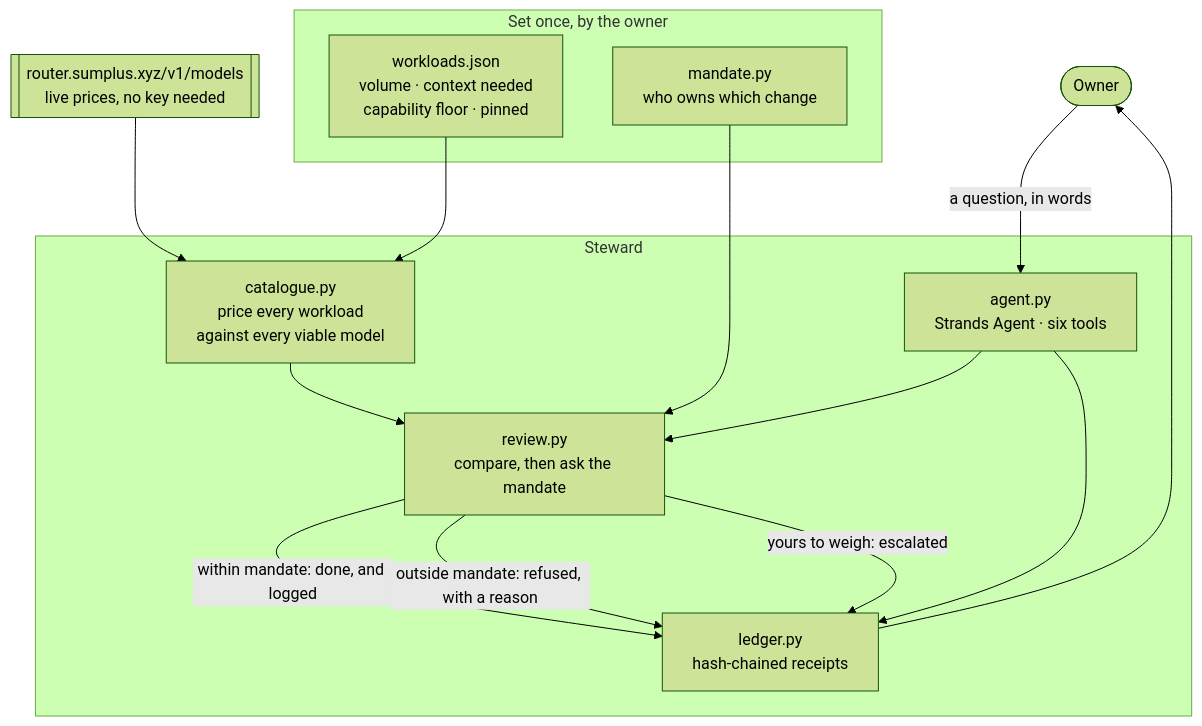
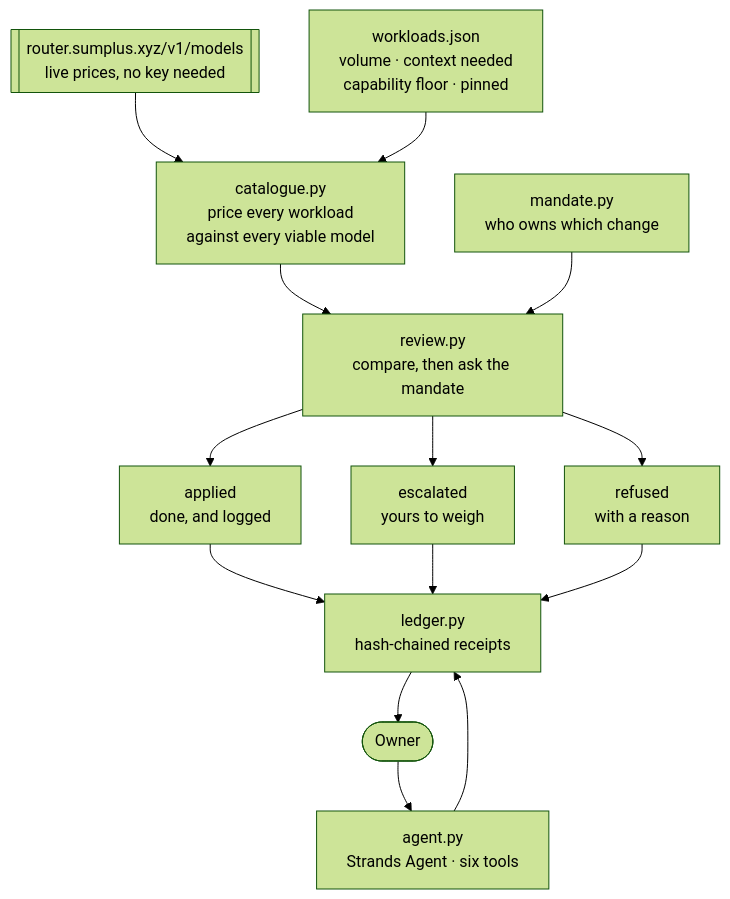
Before and after one commit to sumplus-real/sumplus-steward: the diagram in README.md, drawn with Mermaid (forest theme). The commit also changed 2 other files, not shown here.

Commit message:
Add the architecture diagram and a demo recording
The diagram is the same graph the README renders, exported so it can be
attached where markdown is not available. The recording walks the live
deployment: the review, the mandate, the receipts, and the check failing
on an edited receipt. 1 minute 35.

Claude-Session: https://claude.ai/code/session_01NebfGWQfJ8yHtrgU7LMuRE

````diff
--- a/README.md
+++ b/README.md
@@ -56,27 +56,28 @@
 ```mermaid
 flowchart TB
+  API[["router.sumplus.xyz/v1/models<br/>live prices, no key needed"]]
+  W["workloads.json<br/>volume · context needed<br/>capability floor · pinned"]
+  M["mandate.py<br/>who owns which change"]
+  C["catalogue.py<br/>price every workload<br/>against every viable model"]
+  R["review.py<br/>compare, then ask the mandate"]
+  AP["applied<br/>done, and logged"]
+  ES["escalated<br/>yours to weigh"]
+  RF["refused<br/>with a reason"]
+  L["ledger.py<br/>hash-chained receipts"]
   OWNER([Owner])
-  subgraph SET["Set once, by the owner"]
-    W["workloads.json<br/>volume · context needed<br/>capability floor · pinned"]
-    M["mandate.py<br/>who owns which change"]
-  end
-  subgraph RUN["Steward"]
-    C["catalogue.py<br/>price every workload<br/>against every viable model"]
-    R["review.py<br/>compare, then ask the mandate"]
-    L["ledger.py<br/>hash-chained receipts"]
-    AG["agent.py<br/>Strands Agent · six tools"]
-  end
-  API[["router.sumplus.xyz/v1/models<br/>live prices, no key needed"]]
+  AG["agent.py<br/>Strands Agent · six tools"]
 
   API --> C
   W --> C
   C --> R
   M --> R
-  R -- "within mandate: done, and logged" --> L
-  R -- "outside mandate: refused, with a reason" --> L
-  R -- "yours to weigh: escalated" --> L
+  R --> AP
+  R --> ES
+  R --> RF
+  AP --> L
+  ES --> L
+  RF --> L
   L --> OWNER
-  OWNER -- "a question, in words" --> AG
-  AG --> R
+  OWNER --> AG
   AG --> L
 ```
````
